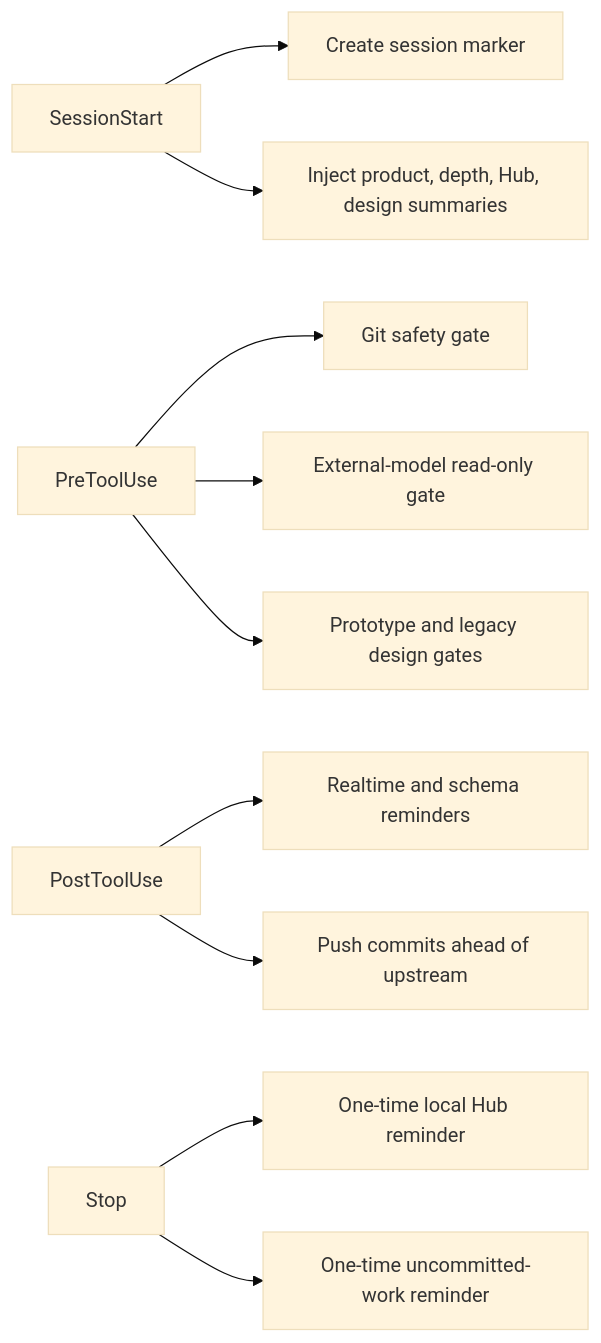
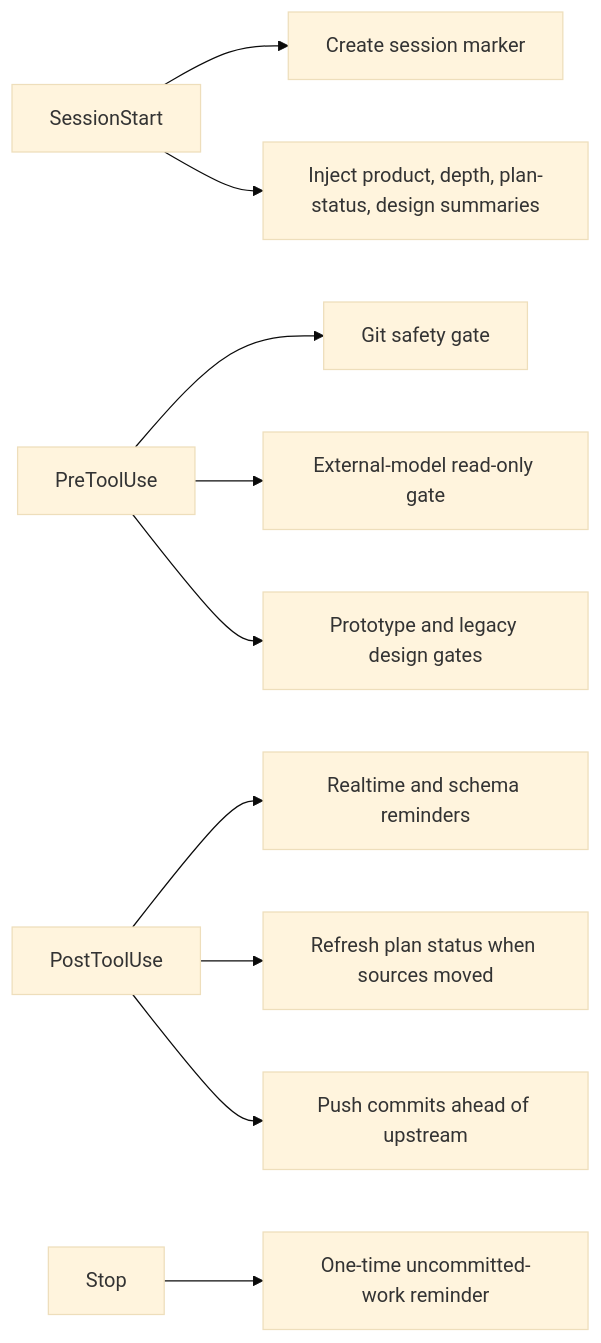
One commit to evenacadia-tech/Nakama changed the diagram in openwiki/collaboration/session-automation.md. Above: the diagram before and after it, drawn with Mermaid (base theme). The commit also changed other lines of this file and 30 other files, not shown here.

````diff
--- a/openwiki/collaboration/session-automation.md
+++ b/openwiki/collaboration/session-automation.md
@@ -55,12 +51,12 @@
 ```mermaid
 flowchart LR
     Start[SessionStart] --> Marker[Create session marker]
-    Start --> Primers[Inject product, depth, Hub, design summaries]
+    Start --> Primers[Inject product, depth, plan-status, design summaries]
     Pre[PreToolUse] --> GitGate[Git safety gate]
     Pre --> ModelGate[External-model read-only gate]
     Pre --> Gates[Prototype and legacy design gates]
     Post[PostToolUse] --> Advice[Realtime and schema reminders]
+    Post --> Plan[Refresh plan status when sources moved]
     Post --> Push[Push commits ahead of upstream]
-    Stop[Stop] --> HubNag[One-time local Hub reminder]
-    Stop --> CommitNag[One-time uncommitted-work reminder]
+    Stop[Stop] --> CommitNag[One-time uncommitted-work reminder]
 ```
````
